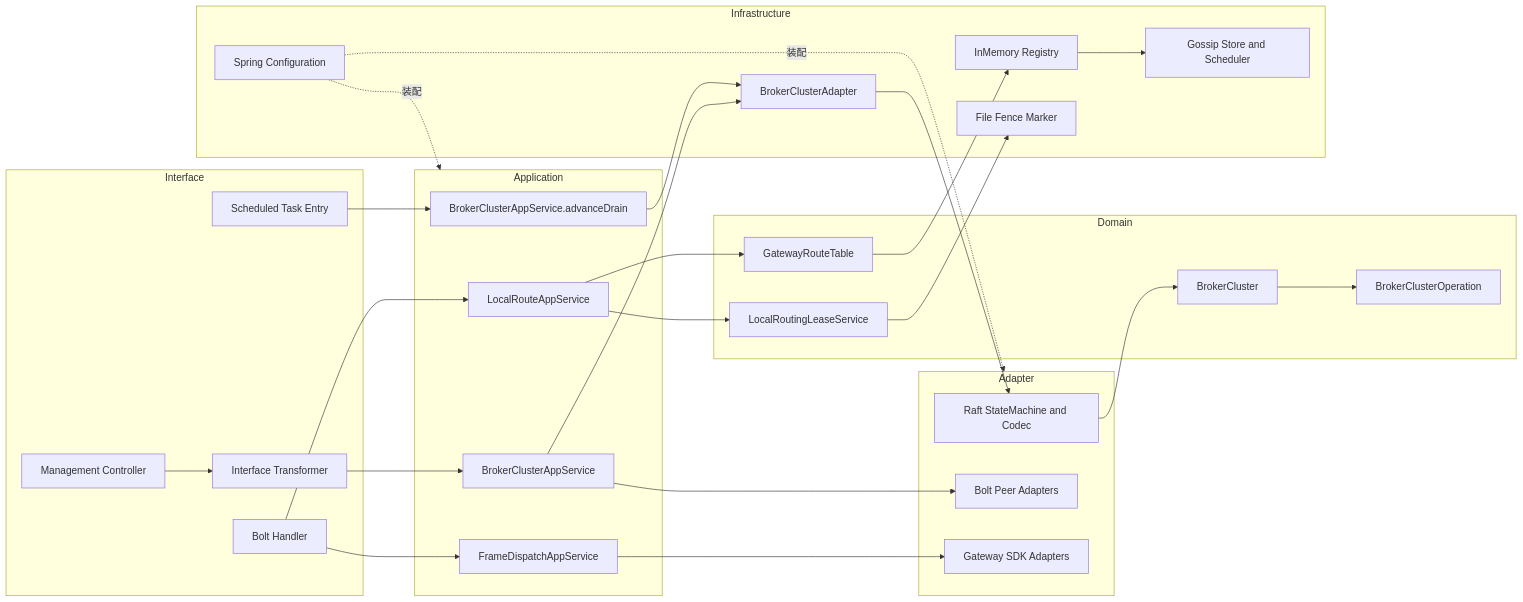
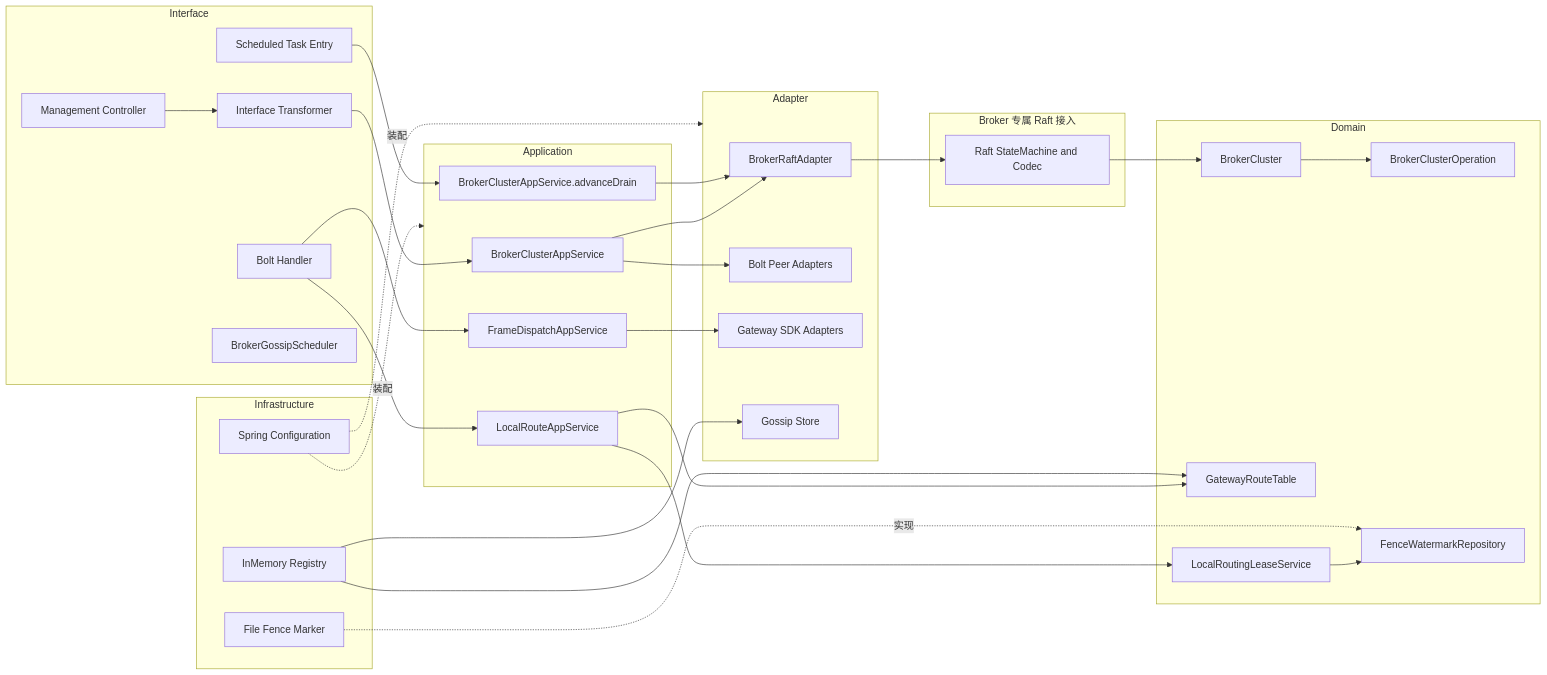
The fourth of 18 diagrams in im-broker/ARCHITECTURE.md (kc-co9/im-chat), drawn with Mermaid before and after one commit. The commit also changed other lines of this file and 548 other files, not shown here.

````diff
--- a/im-broker/ARCHITECTURE.md
+++ b/im-broker/ARCHITECTURE.md
@@ -35,55 +137,61 @@
 ```mermaid
 flowchart LR
     subgraph Interface[Interface]
         HTTP[Management Controller]
         Bolt[Bolt Handler]
         Lifecycle[Scheduled Task Entry]
         Transformer[Interface Transformer]
+        GossipScheduler[BrokerGossipScheduler]
     end
 
     subgraph Application[Application]
         ClusterApp[BrokerClusterAppService]
         DrainApp[BrokerClusterAppService.advanceDrain]
         SnapshotApp[LocalRouteAppService]
         DeliveryApp[FrameDispatchAppService]
     end
 
     subgraph Domain[Domain]
         Cluster[BrokerCluster]
         Operation[BrokerClusterOperation]
         RouteTable[GatewayRouteTable]
         Lease[LocalRoutingLeaseService]
+        FenceRepository[FenceWatermarkRepository]
     end
 
     subgraph Adapter[Adapter]
-        Raft[Raft StateMachine and Codec]
+        Repository[BrokerRaftAdapter]
         Peer[Bolt Peer Adapters]
         Gateway[Gateway SDK Adapters]
+        Gossip[Gossip Store]
+    end
+
+    subgraph Support[Broker 专属 Raft 接入]
+        Raft[Raft StateMachine and Codec]
     end
 
     subgraph Infrastructure[Infrastructure]
         Config[Spring Configuration]
-        Repository[BrokerClusterAdapter]
         Registry[InMemory Registry]
-        Gossip[Gossip Store and Scheduler]
         Marker[File Fence Marker]
     end
 
     HTTP --> Transformer --> ClusterApp
     Bolt --> SnapshotApp
     Bolt --> DeliveryApp
     Lifecycle --> DrainApp
     ClusterApp --> Repository
     DrainApp --> Repository
     ClusterApp --> Peer
     SnapshotApp --> RouteTable
     DeliveryApp --> Gateway
     Repository --> Raft --> Cluster
     Cluster --> Operation
     SnapshotApp --> Lease
     Config -.装配.-> Application
     Config -.装配.-> Adapter
-    RouteTable --> Registry
-    Lease --> Marker
+    Registry --> RouteTable
+    Lease --> FenceRepository
+    Marker -.实现.-> FenceRepository
     Registry --> Gossip
 ```
````
